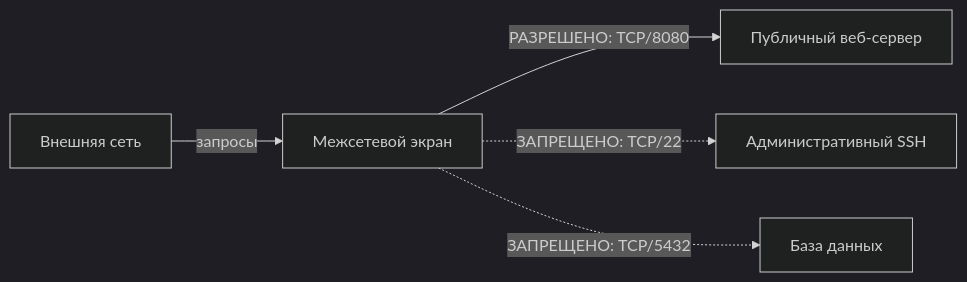
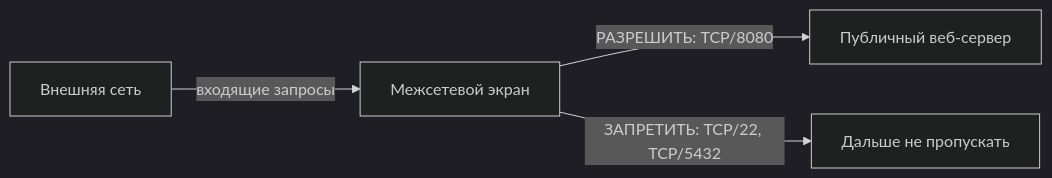
One commit to 11ndra/spvo changed the first of 4 diagrams in docs/course/01-intro.md. Above: the diagram before and after it, drawn with Mermaid (dark theme). The commit also changed other lines of this file and 8 other files, not shown here.

````diff
--- a/docs/course/01-intro.md
+++ b/docs/course/01-intro.md
@@ -20,7 +20,6 @@
 ```mermaid
 flowchart LR
-    I[Внешняя сеть] -->|запросы| F[Межсетевой экран]
-    F -->|РАЗРЕШЕНО: TCP/8080| W[Публичный веб-сервер]
-    F -.->|ЗАПРЕЩЕНО: TCP/22| S[Административный SSH]
-    F -.->|ЗАПРЕЩЕНО: TCP/5432| D[База данных]
+    I[Внешняя сеть] -->|входящие запросы| F[Межсетевой экран]
+    F -->|РАЗРЕШИТЬ: TCP/8080| W[Публичный веб-сервер]
+    F -->|ЗАПРЕТИТЬ: TCP/22, TCP/5432| B[Дальше не пропускать]
 ```
````
